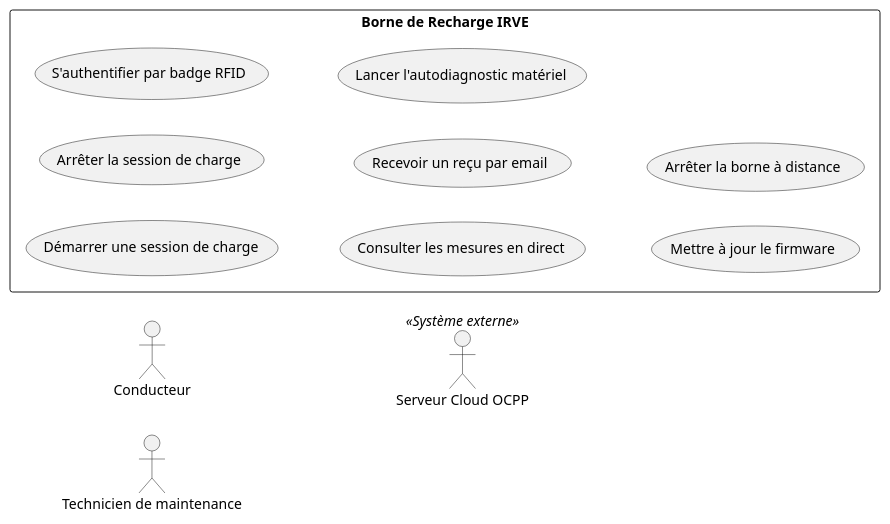
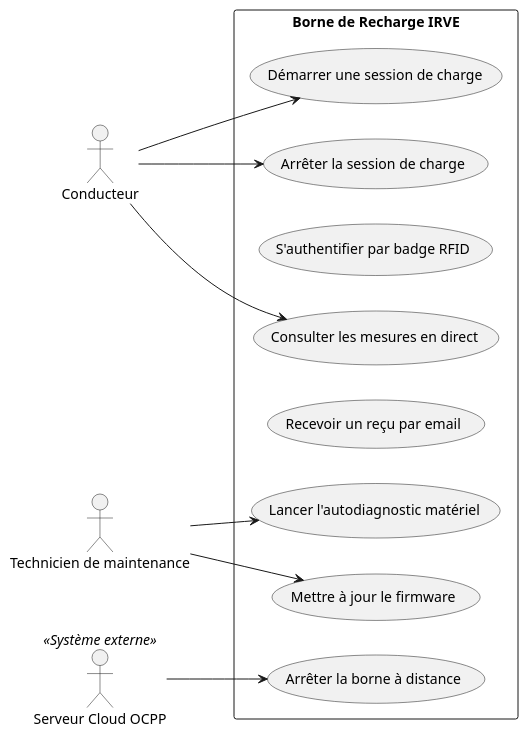
One commit to CIEL2-JR-UML/template-ciel2-uml changed the diagram in tp-exercices/tp1-cas-utilisation-borne-irve/borne_irve.puml. Above: the diagram before and after it, drawn with PlantUML. The commit also changed other lines of this file and 13 other files, not shown here.

```diff
--- a/tp-exercices/tp1-cas-utilisation-borne-irve/borne_irve.puml
+++ b/tp-exercices/tp1-cas-utilisation-borne-irve/borne_irve.puml
@@ -1,25 +1,59 @@
 @startuml
 ' TP 1 : Borne de Recharge IRVE - BTS CIEL
 left to right direction
 skinparam packageStyle rectangle
 
 actor "Conducteur" as User
 actor "Technicien de maintenance" as Tech
 actor "Serveur Cloud OCPP" as Cloud <<Système externe>>
 
 rectangle "Borne de Recharge IRVE" {
     usecase "Démarrer une session de charge" as UC_Charge
     usecase "Arrêter la session de charge" as UC_Stop
     usecase "S'authentifier par badge RFID" as UC_Auth
     usecase "Consulter les mesures en direct" as UC_Mesures
     usecase "Recevoir un reçu par email" as UC_Recu
     usecase "Lancer l'autodiagnostic matériel" as UC_Diag
     usecase "Mettre à jour le firmware" as UC_Update
     usecase "Arrêter la borne à distance" as UC_Urgence
 }
 
-' À compléter par l'étudiant :
-' 1. Relier les acteurs aux cas d'utilisation
-' 2. Ajouter les dépendances <<include>> et <<extend>>
-' 3. Ajouter l'héritage entre acteurs
+' ==============================================================================
+' LIAISONS EXISTANTES DÉJÀ FOURNIES :
+' ==============================================================================
+User --> UC_Charge
+User --> UC_Stop
+User --> UC_Mesures
+
+Tech --> UC_Diag
+Tech --> UC_Update
+
+Cloud --> UC_Urgence
+
+' ==============================================================================
+' TODO 1 : Généralisation (Héritage) entre Acteurs
+' Le Technicien est un Conducteur avec des privilèges supplémentaires.
+' Syntaxe d'héritage : ActeurFils --|> ActeurParent
+' ------------------------------------------------------------------------------
+' Écrivez ci-dessous la relation d'héritage entre Tech et User :
+
+
+' ==============================================================================
+' TODO 2 : Dépendance obligatoire <<include>>
+' Pour "Démarrer une session de charge" (UC_Charge), l'usager doit TOUJOURS
+' obligatoirement "S'authentifier par badge RFID" (UC_Auth).
+' Syntaxe : CasSource ..> CasObligatoire : <<include>>
+' ------------------------------------------------------------------------------
+' Écrivez ci-dessous l'inclusion entre UC_Charge et UC_Auth :
+
+
+' ==============================================================================
+' TODO 3 : Dépendance optionnelle <<extend>>
+' Après avoir chargé (UC_Charge), le système propose l'option facultative
+' "Recevoir un reçu par email" (UC_Recu).
+' Syntaxe : CasBase <.. CasOptionnel : <<extend>>
+' ------------------------------------------------------------------------------
+' Écrivez ci-dessous l'extension entre UC_Charge et UC_Recu :
+
+
 @enduml
```
